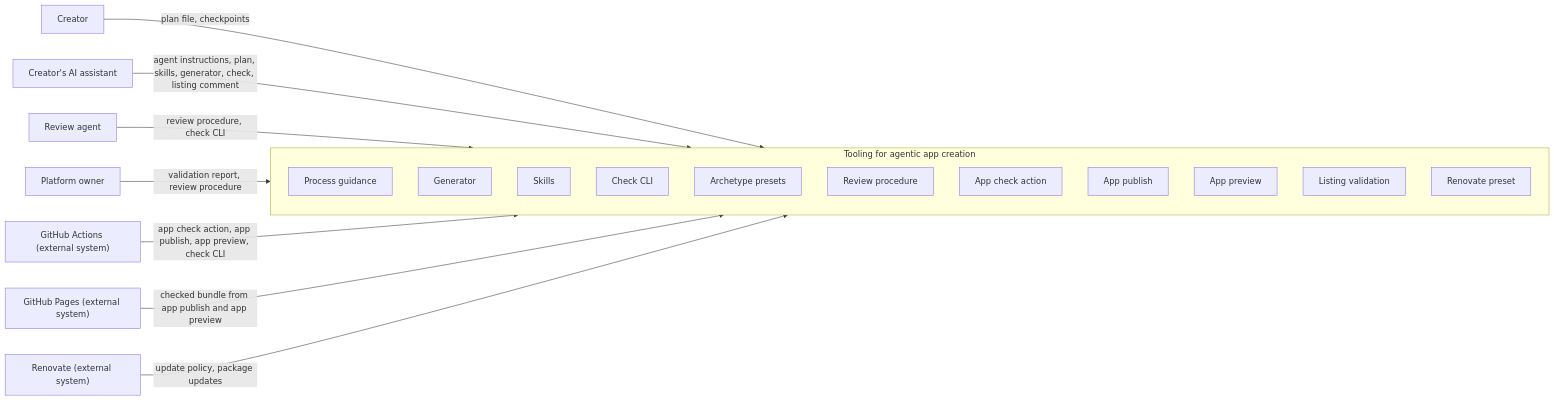
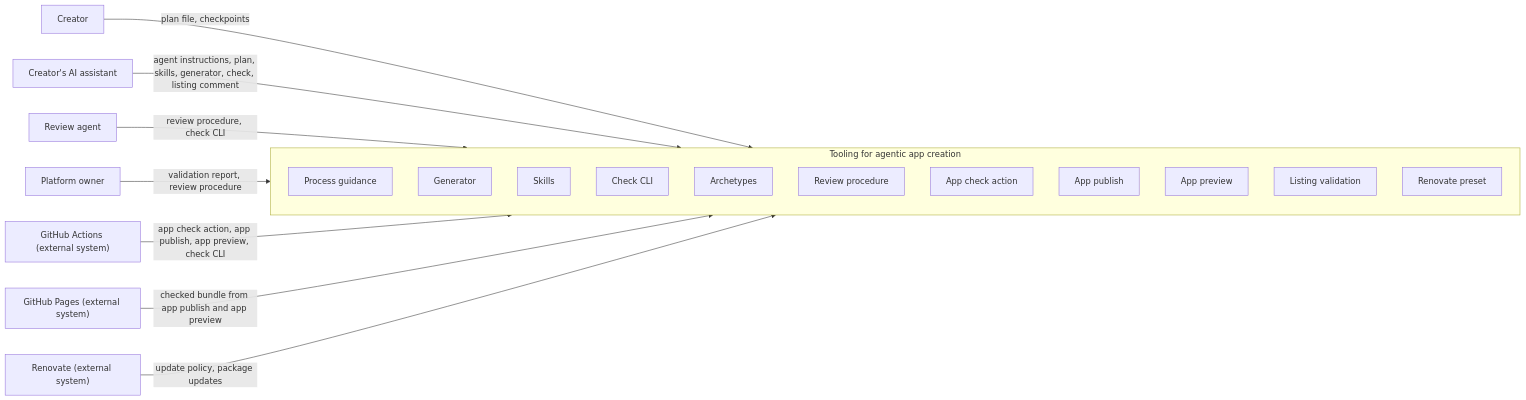
One commit to lernapps/tooling changed the diagram in docs/arc42/03-system-context.arc42.md. Above: the diagram before and after it, drawn with Mermaid. The commit also changed 14 other files, not shown here.

First line of the commit message:
feat(docs): add the lifecycle page, generated from one description and checked against the architecture

````diff
--- a/docs/arc42/03-system-context.arc42.md
+++ b/docs/arc42/03-system-context.arc42.md
@@ -29,30 +29,30 @@
 ```mermaid
 flowchart LR
     actor-creator["Creator"]
     actor-assistant["Creator's AI assistant"]
     actor-owner["Platform owner"]
     actor-review-agent["Review agent"]
     actor-github-actions["GitHub Actions (external system)"]
     actor-github-pages["GitHub Pages (external system)"]
     actor-renovate["Renovate (external system)"]
     subgraph tooling["Tooling for agentic app creation"]
         bb-process-guidance["Process guidance"]
         bb-generator["Generator"]
         bb-skills["Skills"]
         bb-check-cli["Check CLI"]
-        bb-archetypes["Archetype presets"]
+        bb-archetypes["Archetypes"]
         bb-review-procedure["Review procedure"]
         bb-app-check-action["App check action"]
         bb-app-publish["App publish"]
         bb-app-preview["App preview"]
         bb-listing-validation["Listing validation"]
         bb-renovate-preset["Renovate preset"]
     end
     actor-creator -->|"plan file, checkpoints"| tooling
     actor-assistant -->|"agent instructions, plan, skills, generator, check, listing comment"| tooling
     actor-review-agent -->|"review procedure, check CLI"| tooling
     actor-owner -->|"validation report, review procedure"| tooling
     actor-github-actions -->|"app check action, app publish, app preview, check CLI"| tooling
     actor-github-pages -->|"checked bundle from app publish and app preview"| tooling
     actor-renovate -->|"update policy, package updates"| tooling
 ```
````
